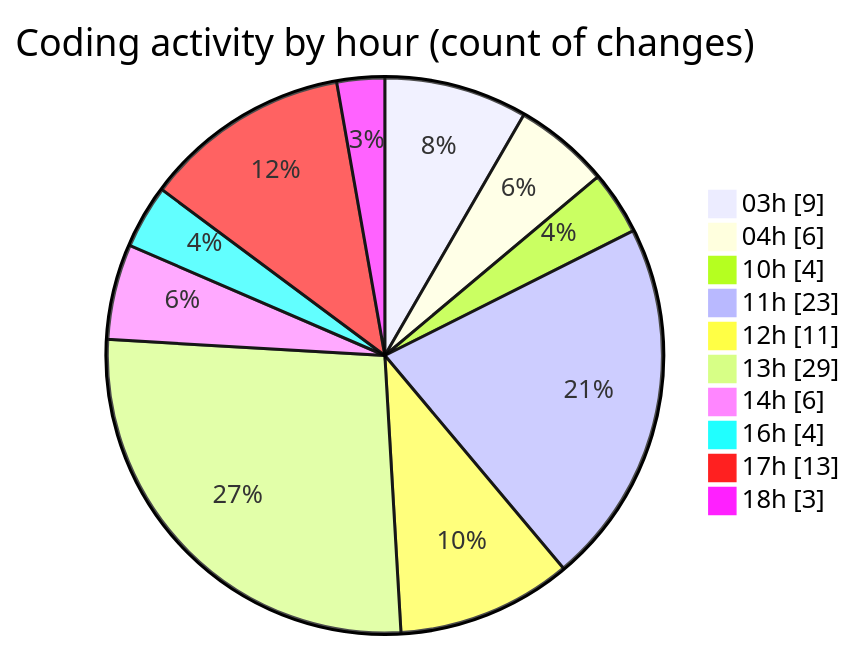
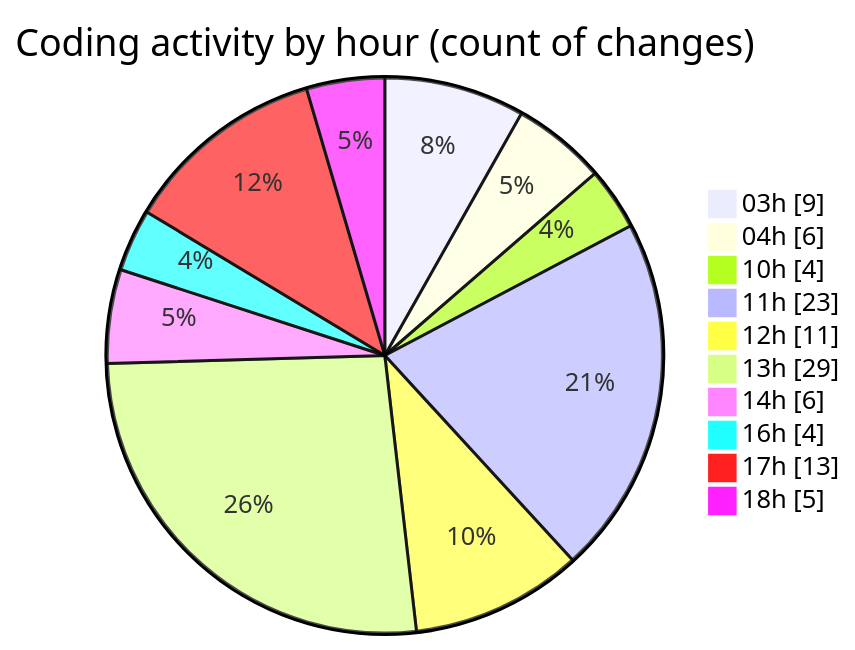
Before and after one commit to julien-gomy/code-tracking: the second of 2 diagrams in 2025-10-30/eventscop-frontend-guide__workspace_/README.md, drawn with Mermaid. The commit also changed other lines of this file and 1 other file, not shown here.

````diff
--- a/2025-10-30/eventscop-frontend-guide__workspace_/README.md
+++ b/2025-10-30/eventscop-frontend-guide__workspace_/README.md
@@ -52,14 +52,14 @@
 ```mermaid
 pie showData
 title Coding activity by hour (count of changes)
 "03h" : 9
 "04h" : 6
 "10h" : 4
 "11h" : 23
 "12h" : 11
 "13h" : 29
 "14h" : 6
 "16h" : 4
 "17h" : 13
-"18h" : 3
+"18h" : 5
 ```
````
